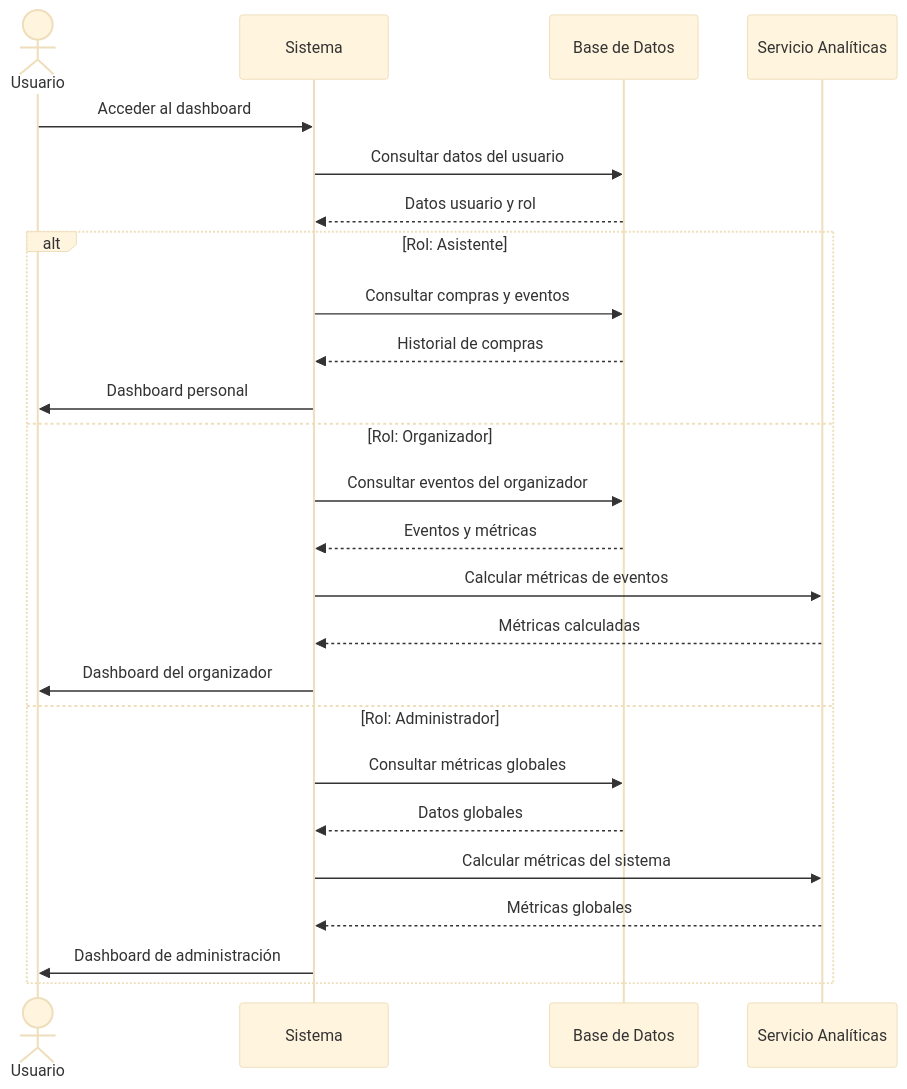
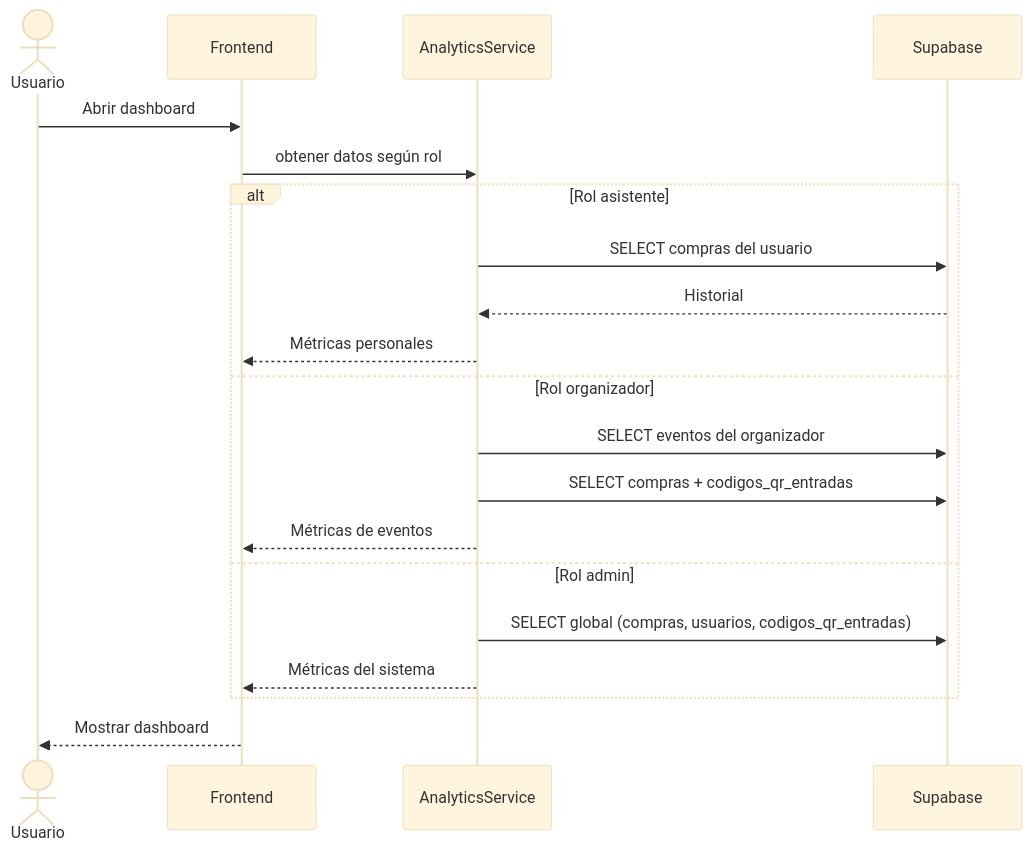
Before and after one commit to Deibyd07/Gestion-de-Eventos: diagram 19 of 33 in Documentacion/Diagramas/Diagrama_Secuencias.md, drawn with Mermaid (base theme). The commit also changed other lines of this file, not shown here.

Commit message:
Update sequence diagrams to reflect actual implementation

````diff
--- a/Documentacion/Diagramas/Diagrama_Secuencias.md
+++ b/Documentacion/Diagramas/Diagrama_Secuencias.md
@@ -419,28 +359,23 @@
 ```mermaid
 sequenceDiagram
     actor Usuario
-    participant Sistema
-    participant BD as Base de Datos
-    participant Analytics as Servicio Analíticas
-    
-    Usuario->>Sistema: Acceder al dashboard
-    Sistema->>BD: Consultar datos del usuario
-    BD-->>Sistema: Datos usuario y rol
-    alt Rol: Asistente
-        Sistema->>BD: Consultar compras y eventos
-        BD-->>Sistema: Historial de compras
-        Sistema->>Usuario: Dashboard personal
-    else Rol: Organizador
-        Sistema->>BD: Consultar eventos del organizador
-        BD-->>Sistema: Eventos y métricas
-        Sistema->>Analytics: Calcular métricas de eventos
-        Analytics-->>Sistema: Métricas calculadas
-        Sistema->>Usuario: Dashboard del organizador
-    else Rol: Administrador
-        Sistema->>BD: Consultar métricas globales
-        BD-->>Sistema: Datos globales
-        Sistema->>Analytics: Calcular métricas del sistema
-        Analytics-->>Sistema: Métricas globales
-        Sistema->>Usuario: Dashboard de administración
+    participant App as Frontend
+    participant Analytics as AnalyticsService
+    participant BD as Supabase
+
+    Usuario->>App: Abrir dashboard
+    App->>Analytics: obtener datos según rol
+    alt Rol asistente
+        Analytics->>BD: SELECT compras del usuario
+        BD-->>Analytics: Historial
+        Analytics-->>App: Métricas personales
+    else Rol organizador
+        Analytics->>BD: SELECT eventos del organizador
+        Analytics->>BD: SELECT compras + codigos_qr_entradas
+        Analytics-->>App: Métricas de eventos
+    else Rol admin
+        Analytics->>BD: SELECT global (compras, usuarios, codigos_qr_entradas)
+        Analytics-->>App: Métricas del sistema
     end
+    App-->>Usuario: Mostrar dashboard
 ```
````
